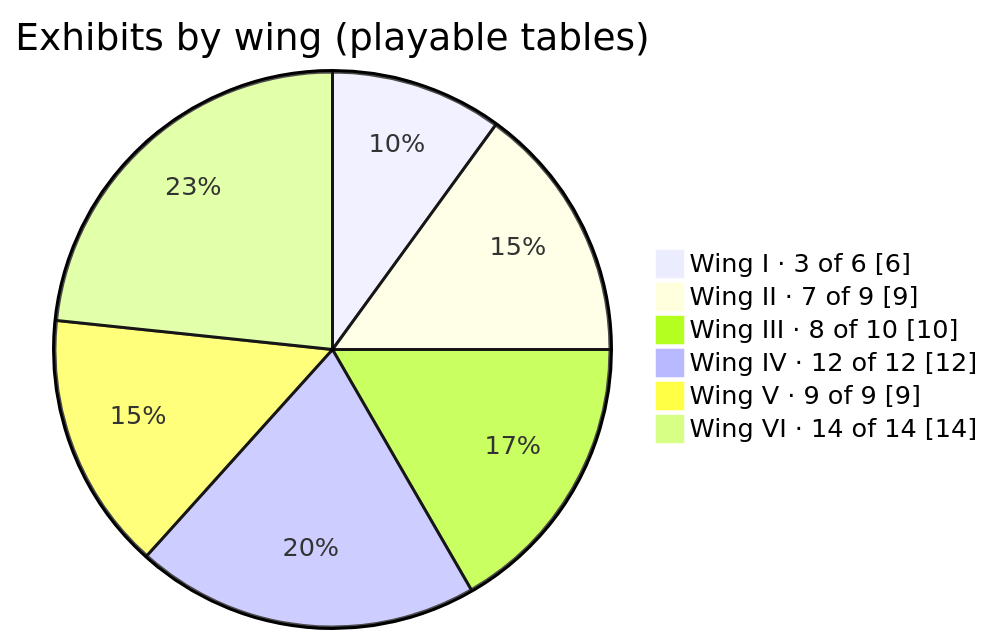
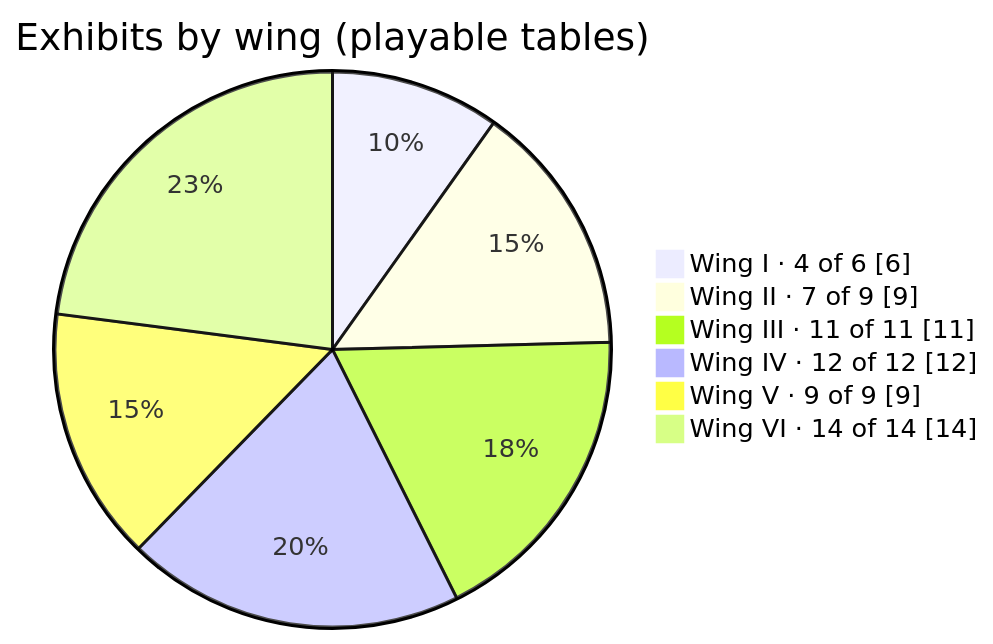
Before and after one commit to CptNope/Librarium-Archives: the first of 8 diagrams in docs/exhibits.md, drawn with Mermaid. The commit also changed other lines of this file and 11 other files, not shown here.

````diff
--- a/docs/exhibits.md
+++ b/docs/exhibits.md
@@ -7,10 +7,10 @@
 ```mermaid
 pie showData
     title Exhibits by wing (playable tables)
-    "Wing I · 3 of 6" : 6
+    "Wing I · 4 of 6" : 6
     "Wing II · 7 of 9" : 9
-    "Wing III · 8 of 10" : 10
+    "Wing III · 11 of 11" : 11
     "Wing IV · 12 of 12" : 12
     "Wing V · 9 of 9" : 9
     "Wing VI · 14 of 14" : 14
 ```
````
